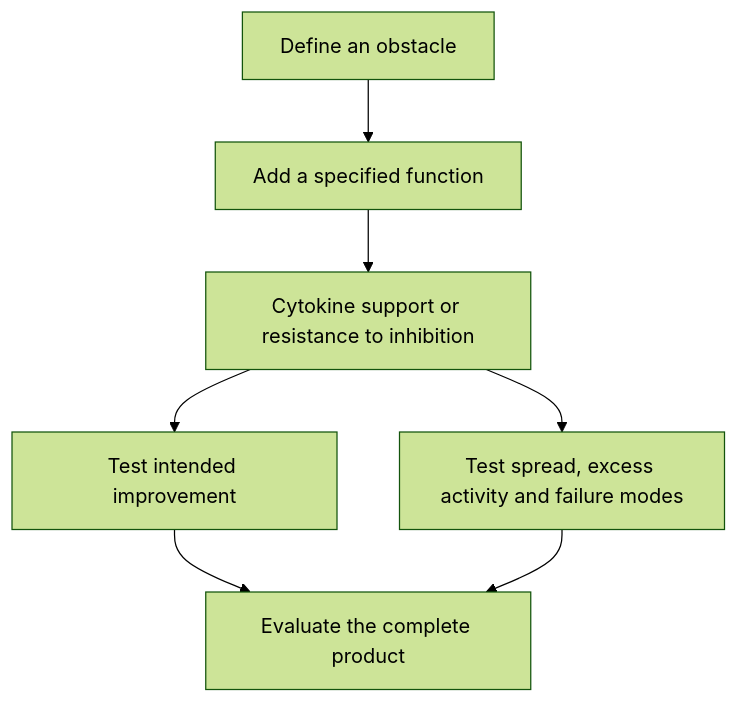
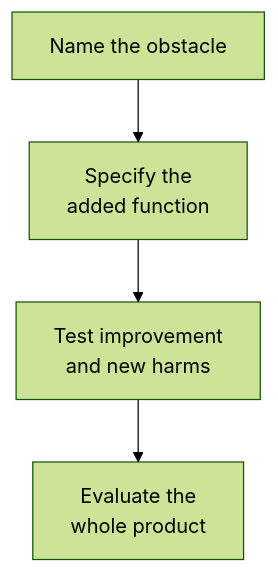
Before and after one commit to jasonLaster/oncoguide: the diagram in wiki/education/concepts/therapeutics/cell-therapies/armoring.md, drawn with Mermaid (forest theme). The commit also changed other lines of this file and 43 other files, not shown here.

Commit message:
education: sync engineered-cell curriculum and native diagram settings

````diff
--- a/wiki/education/concepts/therapeutics/cell-therapies/armoring.md
+++ b/wiki/education/concepts/therapeutics/cell-therapies/armoring.md
@@ -42,9 +44,6 @@
 ```mermaid
 flowchart TD
-  A["Define an obstacle"] --> B["Add a specified function"]
-  B --> C["Cytokine support or resistance to inhibition"]
-  C --> D["Test intended improvement"]
-  C --> E["Test spread, excess activity and failure modes"]
-  D --> F["Evaluate the complete product"]
-  E --> F
+  A["Name the obstacle"] --> B["Specify the<br/>added function"]
+  B --> C["Test improvement<br/>and new harms"]
+  C --> D["Evaluate the<br/>whole product"]
 ```
````
